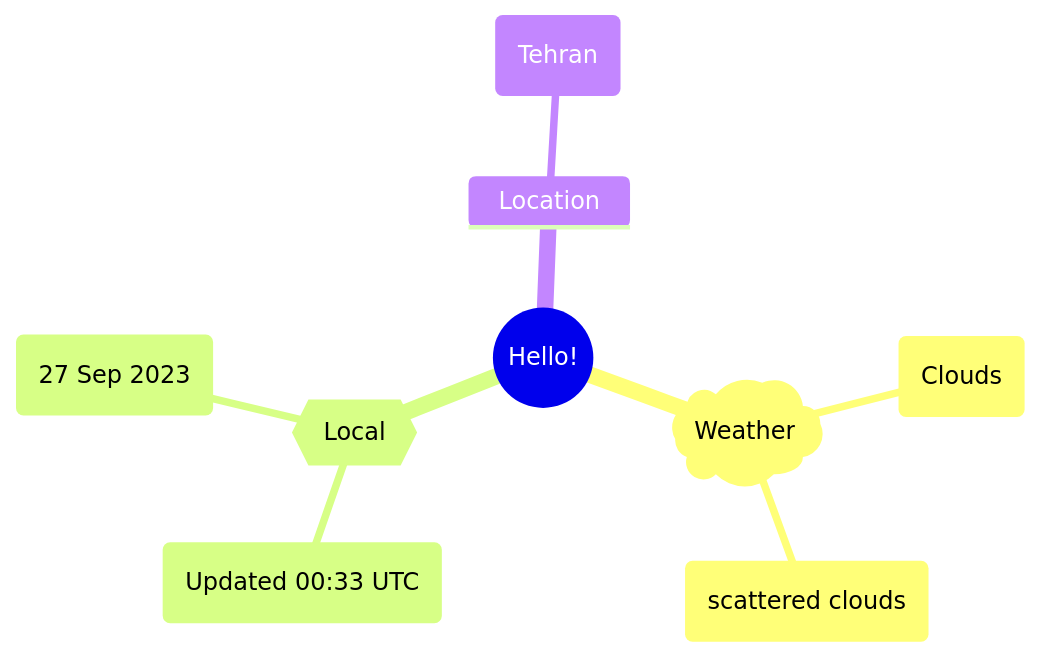
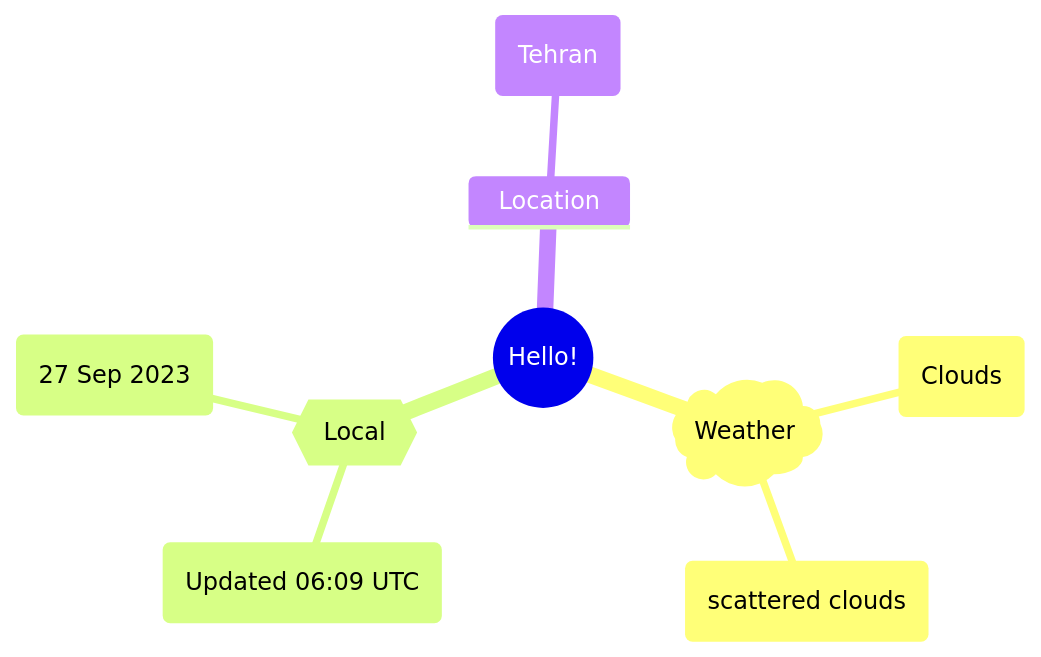
Before and after one commit to Xosrov/Xosrov: the first of 2 diagrams in README.md, drawn with Mermaid.

Commit message:
[bot] updated images

````diff
--- a/README.md
+++ b/README.md
@@ -3,12 +3,12 @@
 ```mermaid
 mindmap
   root((Hello!))
     )Weather(
         (Clouds)
         (scattered clouds)
     {{Local}}
-        (Updated 00:33 UTC)
+        (Updated 06:09 UTC)
         (27 Sep 2023)
     Location
         (Tehran)
 ```
````
